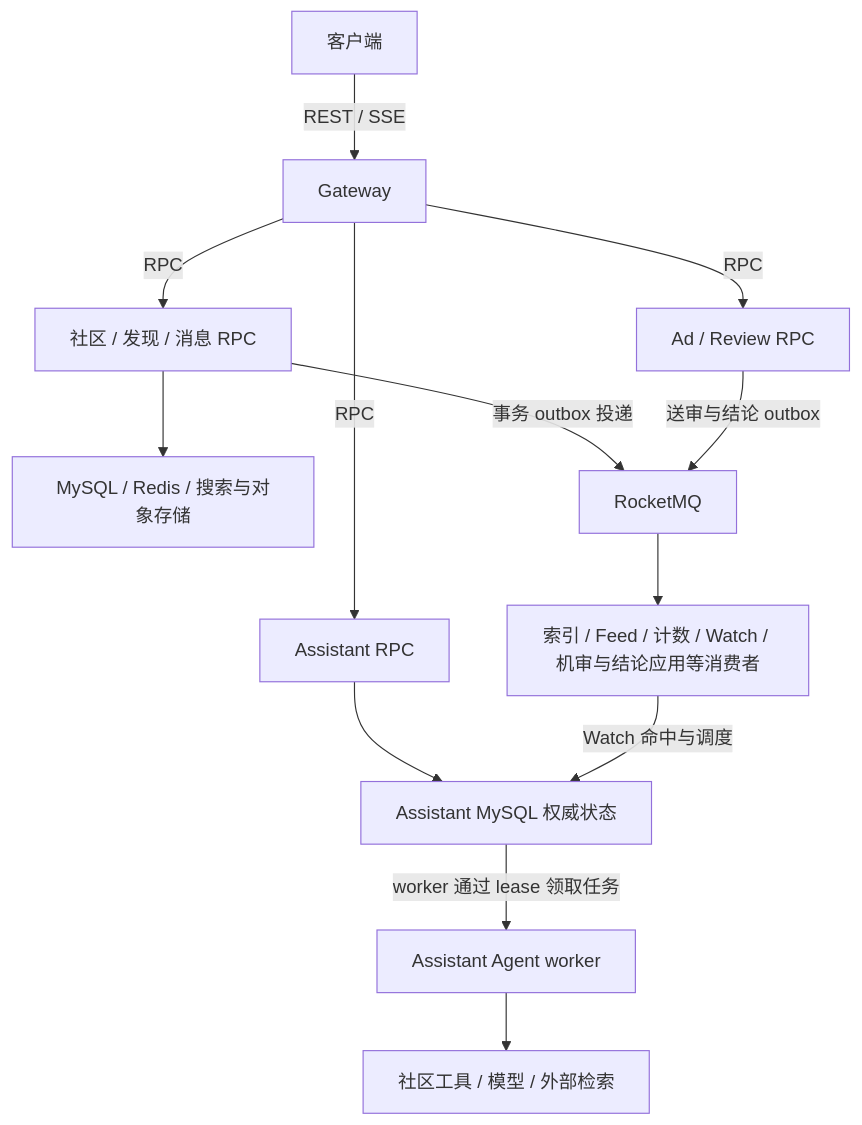
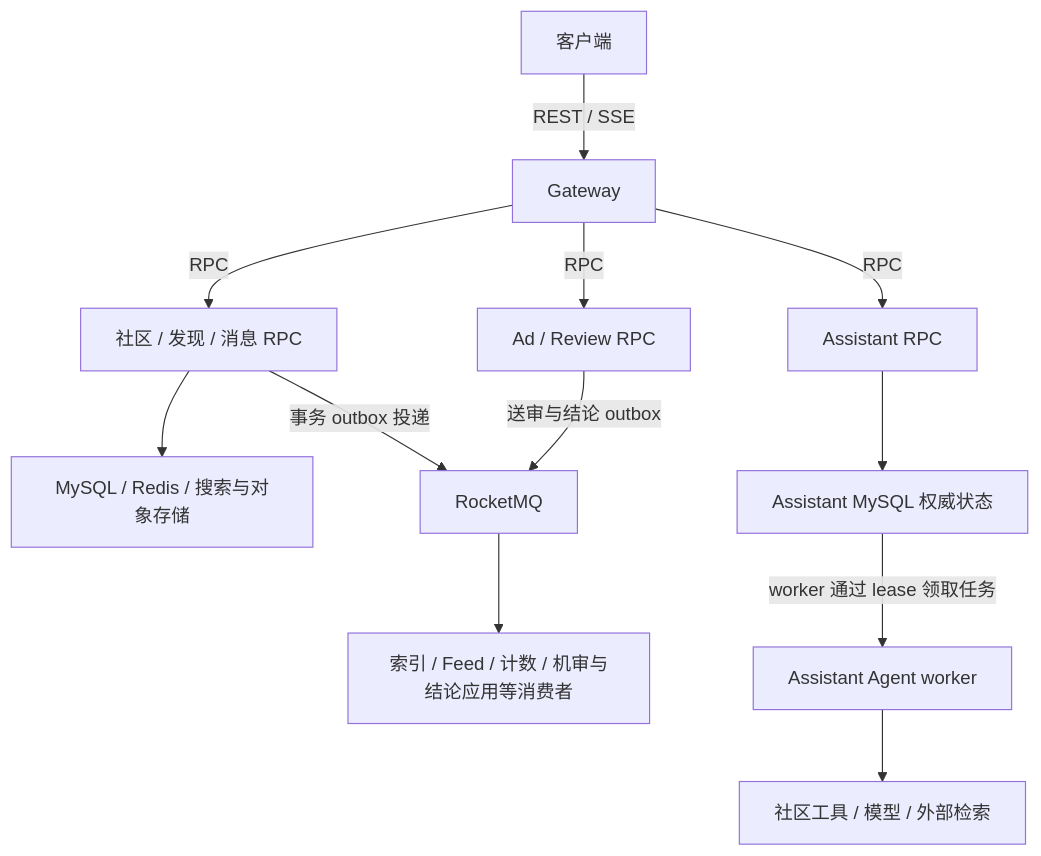
One commit to 3219378872/little-white-box-content-community changed the diagram in README.md. Above: the diagram before and after it, drawn with Mermaid. The commit also changed other lines of this file and 174 other files, not shown here.

````diff
--- a/README.md
+++ b/README.md
@@ -33,15 +33,14 @@
 ```mermaid
 flowchart TD
     client["客户端"] -->|REST / SSE| gateway["Gateway"]
     gateway -->|RPC| services["社区 / 发现 / 消息 RPC"]
     gateway -->|RPC| assistant["Assistant RPC"]
     gateway -->|RPC| ads["Ad / Review RPC"]
     services --> data["MySQL / Redis / 搜索与对象存储"]
     services -->|事务 outbox 投递| mq["RocketMQ"]
-    mq --> consumers["索引 / Feed / 计数 / Watch / 机审与结论应用等消费者"]
+    mq --> consumers["索引 / Feed / 计数 / 机审与结论应用等消费者"]
     assistant --> state["Assistant MySQL 权威状态"]
-    consumers -->|Watch 命中与调度| state
     state -->|worker 通过 lease 领取任务| worker["Assistant Agent worker"]
     worker --> tools["社区工具 / 模型 / 外部检索"]
     ads -->|送审与结论 outbox| mq
 ```
````
